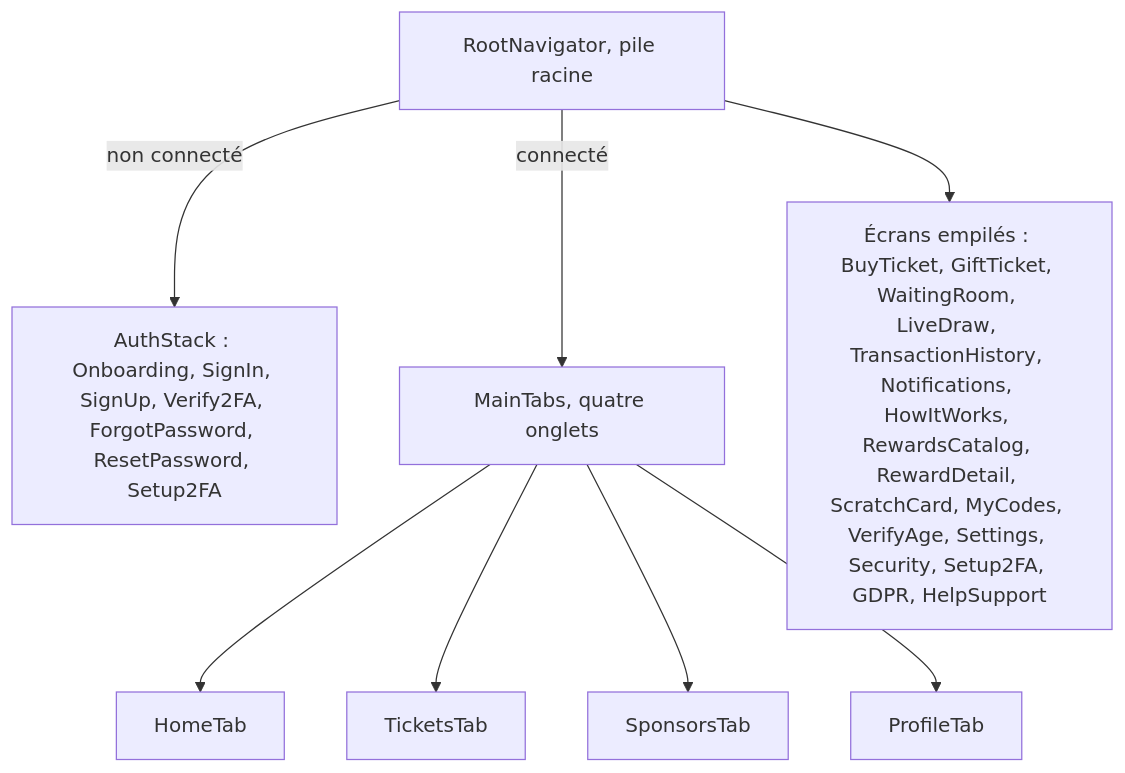
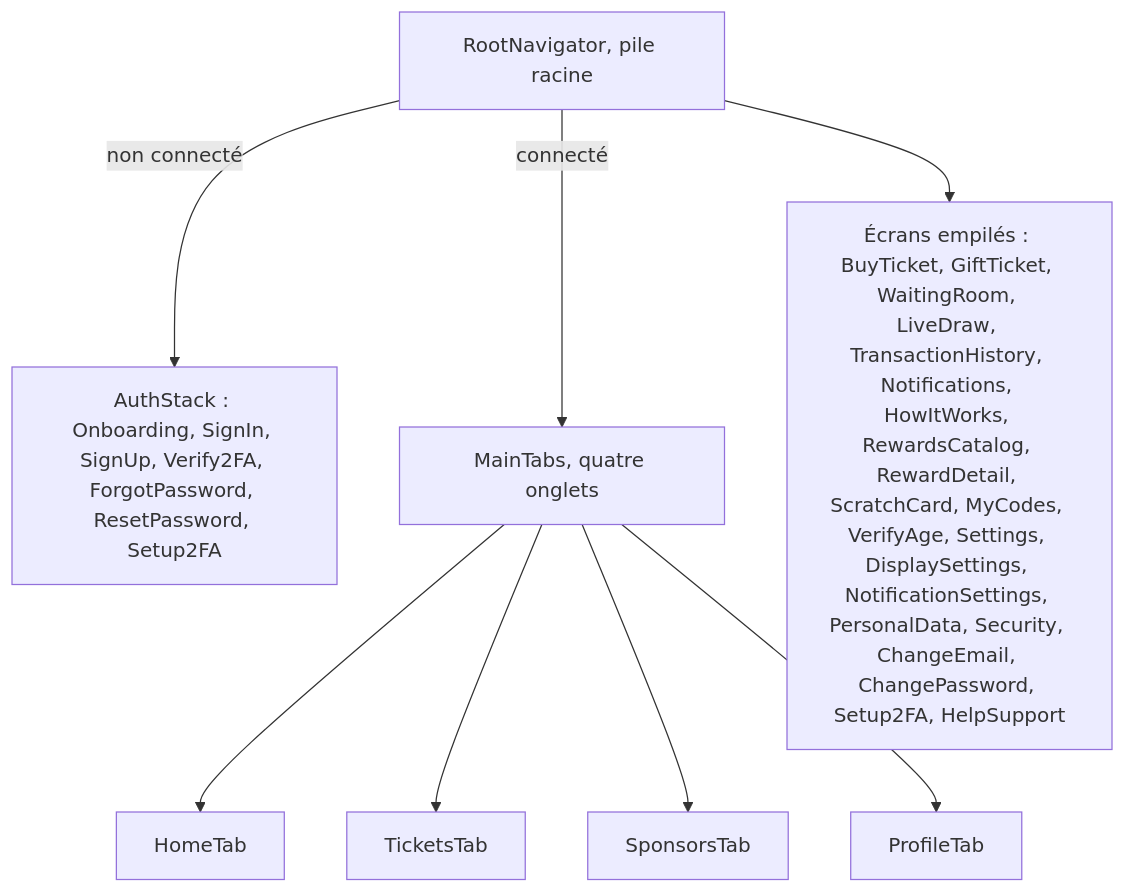
The diagram in documentation-officielle/content/guides/ajouter-ecran-mobile.md (MarceauTDML/BlockLucky), drawn with Mermaid before and after one commit. The commit also changed other lines of this file and 116 other files, not shown here.

````diff
--- a/documentation-officielle/content/guides/ajouter-ecran-mobile.md
+++ b/documentation-officielle/content/guides/ajouter-ecran-mobile.md
@@ -20,10 +20,10 @@
 ```mermaid
 flowchart TD
     R["RootNavigator, pile racine"] -->|"non connecté"| A["AuthStack : Onboarding, SignIn, SignUp, Verify2FA, ForgotPassword, ResetPassword, Setup2FA"]
     R -->|"connecté"| M["MainTabs, quatre onglets"]
-    R --> P["Écrans empilés : BuyTicket, GiftTicket, WaitingRoom, LiveDraw, TransactionHistory, Notifications, HowItWorks, RewardsCatalog, RewardDetail, ScratchCard, MyCodes, VerifyAge, Settings, Security, Setup2FA, GDPR, HelpSupport"]
+    R --> P["Écrans empilés : BuyTicket, GiftTicket, WaitingRoom, LiveDraw, TransactionHistory, Notifications, HowItWorks, RewardsCatalog, RewardDetail, ScratchCard, MyCodes, VerifyAge, Settings, DisplaySettings, NotificationSettings, PersonalData, Security, ChangeEmail, ChangePassword, Setup2FA, HelpSupport"]
     M --> T1["HomeTab"]
     M --> T2["TicketsTab"]
     M --> T3["SponsorsTab"]
     M --> T4["ProfileTab"]
 ```
````
